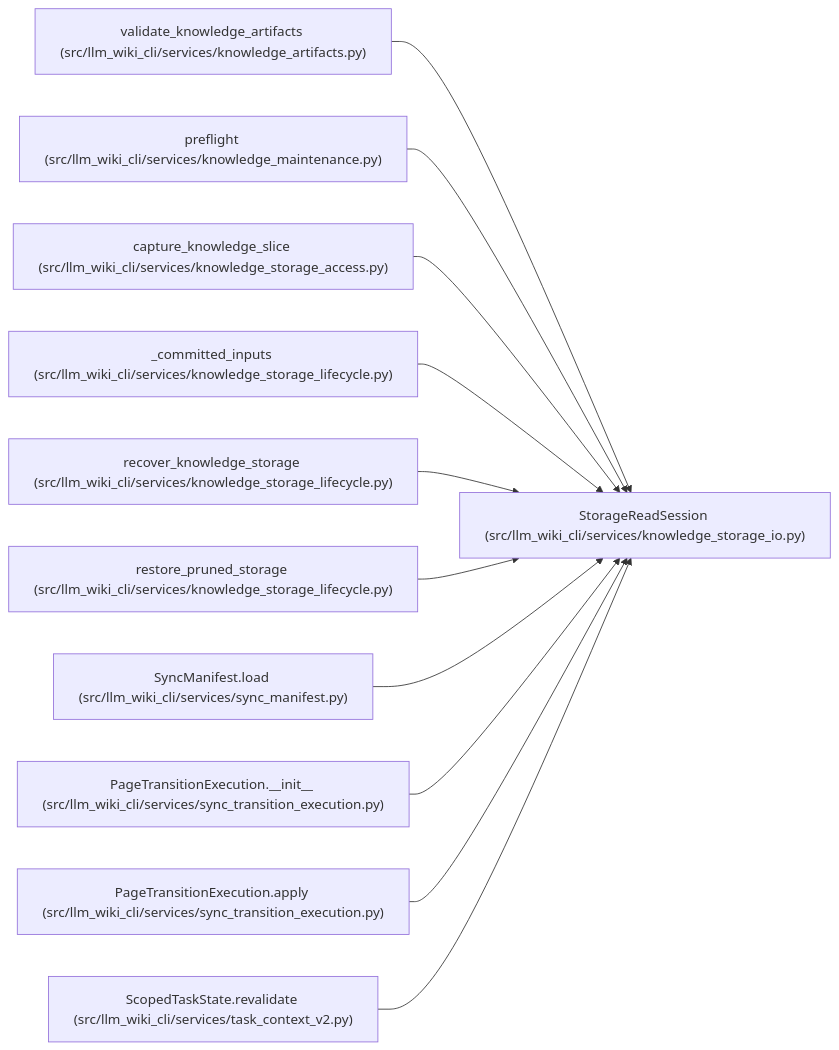
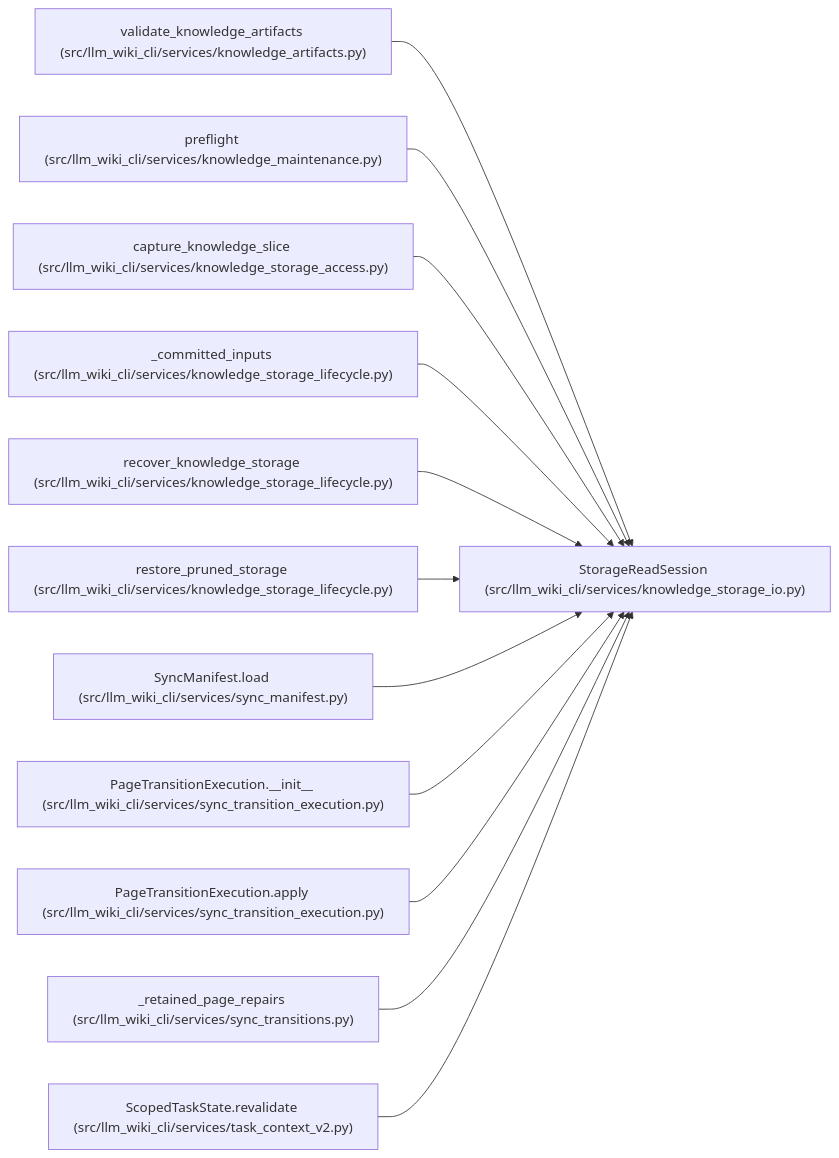
One commit to Denissvgn/python-wiki-llm changed the diagram in docs/llm_wiki/entities/StorageReadSession.md. Above: the diagram before and after it, drawn with Mermaid. The commit also changed other lines of this file and 265 other files, not shown here.

Commit message:
fix: normalize selection paths and repair retained page links

````diff
--- a/docs/llm_wiki/entities/StorageReadSession.md
+++ b/docs/llm_wiki/entities/StorageReadSession.md
@@ -34,35 +34,38 @@
 ```mermaid
 flowchart LR
     n0["StorageReadSession (src/llm_wiki_cli/services/knowledge_storage_io.py)"]
     n1["validate_knowledge_artifacts (src/llm_wiki_cli/services/knowledge_artifacts.py)"]
     n2["preflight (src/llm_wiki_cli/services/knowledge_maintenance.py)"]
     n3["capture_knowledge_slice (src/llm_wiki_cli/services/knowledge_storage_access.py)"]
     n4["_committed_inputs (src/llm_wiki_cli/services/knowledge_storage_lifecycle.py)"]
     n5["recover_knowledge_storage (src/llm_wiki_cli/services/knowledge_storage_lifecycle.py)"]
     n6["restore_pruned_storage (src/llm_wiki_cli/services/knowledge_storage_lifecycle.py)"]
     n7["SyncManifest.load (src/llm_wiki_cli/services/sync_manifest.py)"]
     n8["PageTransitionExecution.__init__ (src/llm_wiki_cli/services/sync_transition_execution.py)"]
     n9["PageTransitionExecution.apply (src/llm_wiki_cli/services/sync_transition_execution.py)"]
-    n10["ScopedTaskState.revalidate (src/llm_wiki_cli/services/task_context_v2.py)"]
+    n10["_retained_page_repairs (src/llm_wiki_cli/services/sync_transitions.py)"]
+    n11["ScopedTaskState.revalidate (src/llm_wiki_cli/services/task_context_v2.py)"]
     n1 --> n0
     n2 --> n0
     n3 --> n0
     n4 --> n0
     n5 --> n0
     n6 --> n0
     n7 --> n0
     n8 --> n0
     n9 --> n0
     n10 --> n0
+    n11 --> n0
     click n0 "../modules/knowledge_storage_io.md"
     click n1 "../modules/knowledge_artifacts.md"
     click n2 "../modules/knowledge_maintenance.md"
     click n3 "../modules/knowledge_storage_access.md"
     click n4 "../modules/knowledge_storage_lifecycle.md"
     click n5 "../modules/knowledge_storage_lifecycle.md"
     click n6 "../modules/knowledge_storage_lifecycle.md"
     click n7 "../modules/sync_manifest.md"
     click n8 "../modules/sync_transition_execution.md"
     click n9 "../modules/sync_transition_execution.md"
-    click n10 "../modules/task_context_v2.md"
+    click n10 "../modules/sync_transitions.md"
+    click n11 "../modules/task_context_v2.md"
 ```
````
